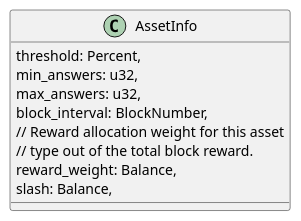
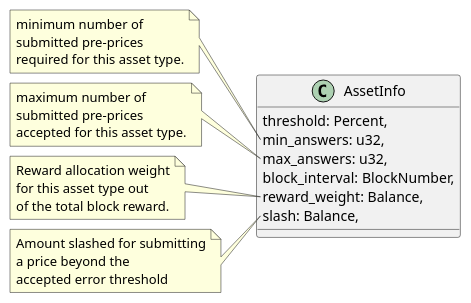
Before and after one commit to ComposableFi/composable: the fourth of 14 diagrams in frame/oracle/design/design.adoc, drawn with PlantUML. The commit also changed other lines of this file and 11 other files, not shown here.

```diff
--- a/frame/oracle/design/design.adoc
+++ b/frame/oracle/design/design.adoc
@@ -177,13 +193,36 @@
 [plantuml,images/asset-info,png]
 ----
 class AssetInfo {
     threshold: Percent,
     min_answers: u32,
     max_answers: u32,
     block_interval: BlockNumber,
-    // Reward allocation weight for this asset
-    // type out of the total block reward.
     reward_weight: Balance,
     slash: Balance,
 }
+
+note left of AssetInfo::min_answers
+minimum number of
+submitted pre-prices
+required for this asset type.
+end note
+
+note left of AssetInfo::max_answers
+maximum number of
+submitted pre-prices
+accepted for this asset type.
+end note
+
+note left of AssetInfo::reward_weight
+Reward allocation weight
+for this asset type out
+of the total block reward.
+end note
+
+note left of AssetInfo::slash
+Amount slashed for submitting
+a price beyond the
+accepted error threshold
+end note
+
 ----
```
